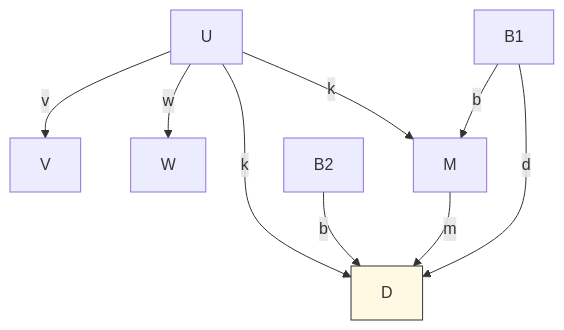
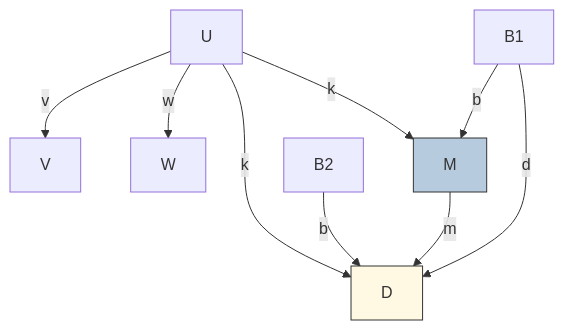
The eighth of 8 diagrams in blog_posts/regression_richard_mcelreath.md (erikaduan/textbook_notes), drawn with Mermaid before and after one commit. The commit also changed other lines of this file and 4 other files, not shown here.

````diff
--- a/blog_posts/regression_richard_mcelreath.md
+++ b/blog_posts/regression_richard_mcelreath.md
@@ -797,15 +886,16 @@
 ``` mermaid
 flowchart TD  
   U --v--> V 
   U --w--> W 
   U --k--> D 
   U --k--> M
   
   B2 --b--> D
   M --m--> D
   
   B1 --b--> M
   B1 --d--> D
   
+  style M fill:#b7cbde,stroke:#333
   style D fill:#Fff9e3,stroke:#333
 ```
````
